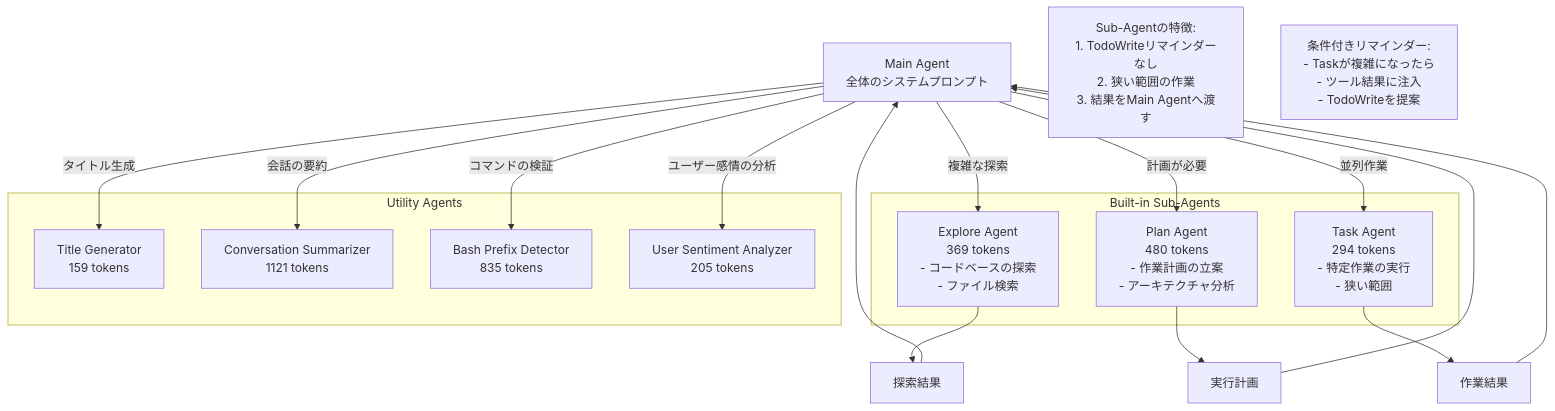
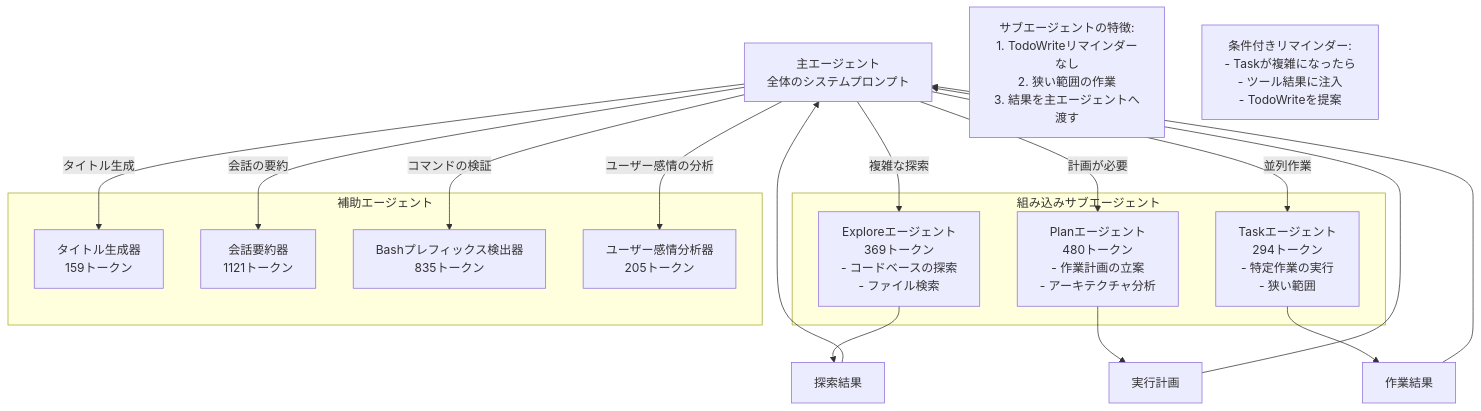
One commit to roboco-io/roboco-io.github.io changed the fifth of 7 diagrams in content/ja/posts/claude-code-deep-dive.md. Above: the diagram before and after it, drawn with Mermaid. The commit also changed other lines of this file and 23 other files, not shown here.

Commit message:
content: localize translated images and Japanese Mermaid diagrams

````diff
--- a/content/ja/posts/claude-code-deep-dive.md
+++ b/content/ja/posts/claude-code-deep-dive.md
@@ -390,39 +390,39 @@
 ```mermaid
 graph TB
-    Main[Main Agent<br/>全体のシステムプロンプト]
+    Main[主エージェント<br/>全体のシステムプロンプト]
     
-    subgraph "Built-in Sub-Agents"
-        Explore[Explore Agent<br/>369 tokens<br/>- コードベースの探索<br/>- ファイル検索]
-        Plan[Plan Agent<br/>480 tokens<br/>- 作業計画の立案<br/>- アーキテクチャ分析]
-        Task[Task Agent<br/>294 tokens<br/>- 特定作業の実行<br/>- 狭い範囲]
+    subgraph "組み込みサブエージェント"
+        Explore[Exploreエージェント<br/>369トークン<br/>- コードベースの探索<br/>- ファイル検索]
+        Plan[Planエージェント<br/>480トークン<br/>- 作業計画の立案<br/>- アーキテクチャ分析]
+        Task[Taskエージェント<br/>294トークン<br/>- 特定作業の実行<br/>- 狭い範囲]
     end
     
-    subgraph "Utility Agents"
-        Title[Title Generator<br/>159 tokens]
-        Summary[Conversation Summarizer<br/>1121 tokens]
-        BashPrefix[Bash Prefix Detector<br/>835 tokens]
-        Sentiment[User Sentiment Analyzer<br/>205 tokens]
+    subgraph "補助エージェント"
+        Title[タイトル生成器<br/>159トークン]
+        Summary[会話要約器<br/>1121トークン]
+        BashPrefix[Bashプレフィックス検出器<br/>835トークン]
+        Sentiment[ユーザー感情分析器<br/>205トークン]
     end
     
     Main -->|複雑な探索| Explore
     Main -->|計画が必要| Plan
     Main -->|並列作業| Task
     
     Main -->|タイトル生成| Title
     Main -->|会話の要約| Summary
     Main -->|コマンドの検証| BashPrefix
     Main -->|ユーザー感情の分析| Sentiment
     
     Explore --> Result1[探索結果]
     Plan --> Result2[実行計画]
     Task --> Result3[作業結果]
     
     Result1 --> Main
     Result2 --> Main
     Result3 --> Main
     
-    Note1[Sub-Agentの特徴:<br/>1. TodoWriteリマインダーなし<br/>2. 狭い範囲の作業<br/>3. 結果をMain Agentへ渡す]
+    Note1[サブエージェントの特徴:<br/>1. TodoWriteリマインダーなし<br/>2. 狭い範囲の作業<br/>3. 結果を主エージェントへ渡す]
     
     Note2[条件付きリマインダー:<br/>- Taskが複雑になったら<br/>- ツール結果に注入<br/>- TodoWriteを提案]
     
 ```
````
